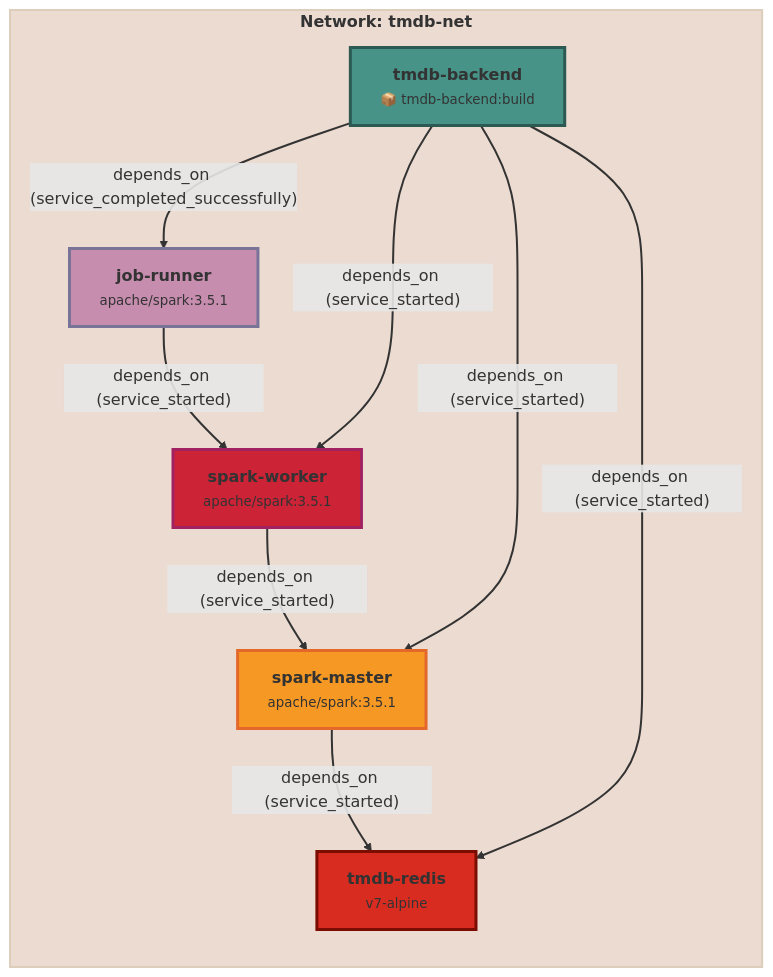
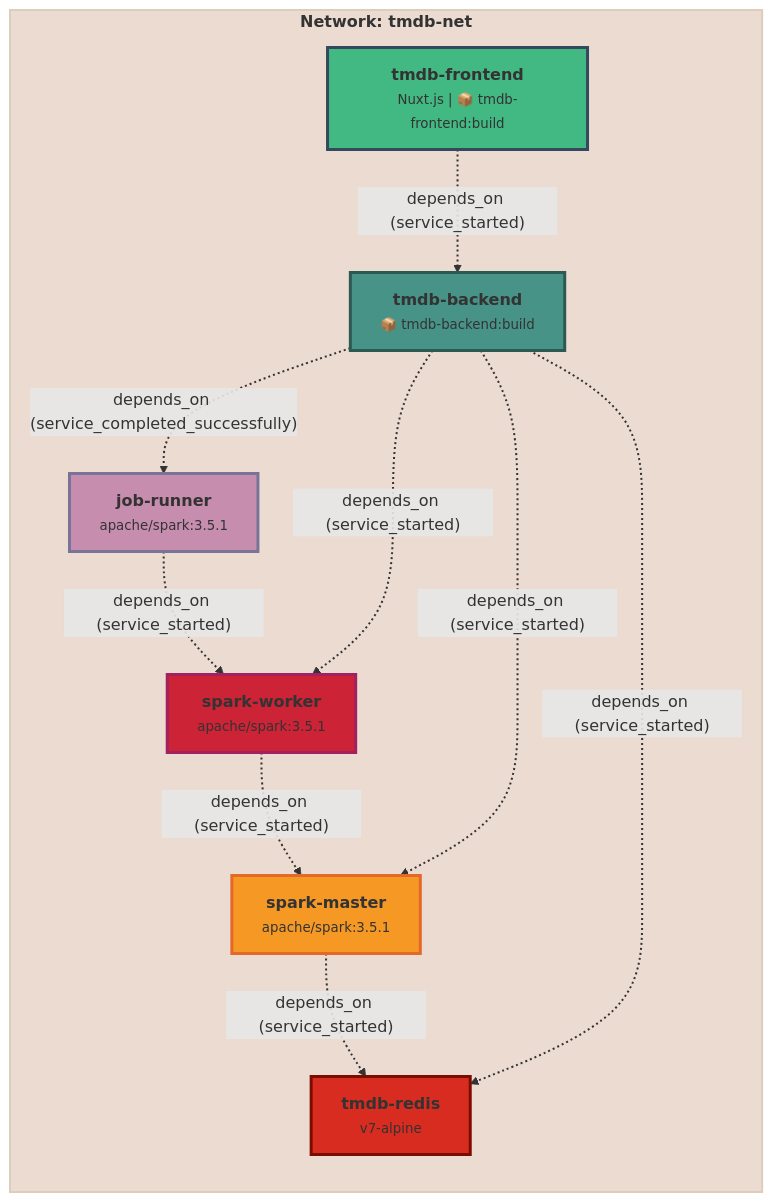
Before and after one commit to mbofos01/tmdb-spark-recommendation-extension: the diagram in README.md, drawn with Mermaid. The commit also changed other lines of this file and 1 other file, not shown here.

Commit message:
Add Nuxt.js frontend details and screenshot
Updated the README to include the Nuxt.js frontend in the architecture diagram, features list, and Docker Compose services. Added a screenshot of the Nuxt.js frontend to the screenshots directory.

````diff
--- a/README.md
+++ b/README.md
@@ -5,38 +5,44 @@
 ```mermaid
     %%{init: {"theme": "default", "themeVariables": {"background":"#ffffff"}}}%%
-  graph BT
-    subgraph Network_tmdb-net[<b>Network: tmdb-net</b>]
-      tmdb-redis["<b>tmdb-redis</b>"]
+    graph BT
+      subgraph Network_tmdb-net[<b>Network: tmdb-net</b>]
+        tmdb-redis["<b>tmdb-redis</b>"]
+        spark-master["<b>spark-master</b><br/><small>apache/spark:3.5.1</small>"]
+        spark-worker["<b>spark-worker</b><br/><small>apache/spark:3.5.1</small>"]
+        job-runner["<b>job-runner</b><br/><small>apache/spark:3.5.1</small>"]
+        tmdb-backend["<b>tmdb-backend</b>"]
+        tmdb-frontend["<b>tmdb-frontend</b>"]
+      end
+      style Network_tmdb-net fill:#EBDBD1,stroke:#DDCEBC,stroke-width:2,stroke-dasharray:0
+      tmdb-redis["<b>tmdb-redis</b><br/><small>v7-alpine</small>"]
       spark-master["<b>spark-master</b><br/><small>apache/spark:3.5.1</small>"]
       spark-worker["<b>spark-worker</b><br/><small>apache/spark:3.5.1</small>"]
       job-runner["<b>job-runner</b><br/><small>apache/spark:3.5.1</small>"]
-      tmdb-backend["<b>tmdb-backend</b>"]
-    end
-    style Network_tmdb-net fill:#EBDBD1,stroke:#DDCEBC,stroke-width:2,stroke-dasharray:0
-    tmdb-redis["<b>tmdb-redis</b><br/><small>v7-alpine</small>"]
-    spark-master["<b>spark-master</b><br/><small>apache/spark:3.5.1</small>"]
-    spark-worker["<b>spark-worker</b><br/><small>apache/spark:3.5.1</small>"]
-    job-runner["<b>job-runner</b><br/><small>apache/spark:3.5.1</small>"]
-    tmdb-backend["<b>tmdb-backend</b><br/><small>📦 tmdb-backend:build</small>"]
-    spark-master -- depends_on (service_started) --> tmdb-redis
-    linkStyle 0 stroke-width:2,stroke-dasharray:0
-    spark-worker -- depends_on (service_started) --> spark-master
-    linkStyle 1 stroke-width:2,stroke-dasharray:0
-    job-runner -- depends_on (service_started) --> spark-worker
-    linkStyle 2 stroke-width:2,stroke-dasharray:0
-    tmdb-backend -- depends_on (service_completed_successfully) --> job-runner
-    linkStyle 3 stroke-width:2,stroke-dasharray:0
-    tmdb-backend -- depends_on (service_started) --> spark-master
-    linkStyle 4 stroke-width:2,stroke-dasharray:0
-    tmdb-backend -- depends_on (service_started) --> spark-worker
-    linkStyle 5 stroke-width:2,stroke-dasharray:0
-    tmdb-backend -- depends_on (service_started) --> tmdb-redis
-    linkStyle 6 stroke-width:2,stroke-dasharray:0
-    style tmdb-redis fill:#D82C20,stroke:#7A0C00,stroke-width:3,stroke-dasharray:0
-    style spark-master fill:#F69824,stroke:#E4682A,stroke-width:3,stroke-dasharray:0
-    style spark-worker fill:#CC2336,stroke:#A22160,stroke-width:3,stroke-dasharray:0
-    style job-runner fill:#C78DAF,stroke:#797497,stroke-width:3,stroke-dasharray:0
-    style tmdb-backend fill:#479387,stroke:#2c5952,stroke-width:3,stroke-dasharray:0
+      tmdb-backend["<b>tmdb-backend</b><br/><small>📦 tmdb-backend:build</small>"]
+      tmdb-frontend["<b>tmdb-frontend</b><br/><small>Nuxt.js | 📦 tmdb-frontend:build</small>"]
+      spark-master -- depends_on (service_started) --> tmdb-redis
+      linkStyle 0 stroke-width:2,stroke-dasharray:2 3
+      spark-worker -- depends_on (service_started) --> spark-master
+      linkStyle 1 stroke-width:2,stroke-dasharray:2 3
+      job-runner -- depends_on (service_started) --> spark-worker
+      linkStyle 2 stroke-width:2,stroke-dasharray:2 3
+      tmdb-backend -- depends_on (service_completed_successfully) --> job-runner
+      linkStyle 3 stroke-width:2,stroke-dasharray:2 3
+      tmdb-backend -- depends_on (service_started) --> spark-master
+      linkStyle 4 stroke-width:2,stroke-dasharray:2 3
+      tmdb-backend -- depends_on (service_started) --> spark-worker
+      linkStyle 5 stroke-width:2,stroke-dasharray:2 3
+      tmdb-backend -- depends_on (service_started) --> tmdb-redis
+      linkStyle 6 stroke-width:2,stroke-dasharray:2 3
+      tmdb-frontend -- depends_on (service_started) --> tmdb-backend
+      linkStyle 7 stroke-width:2,stroke-dasharray:2 3
+      style tmdb-redis fill:#D82C20,stroke:#7A0C00,stroke-width:3,stroke-dasharray:0
+      style spark-master fill:#F69824,stroke:#E4682A,stroke-width:3,stroke-dasharray:0
+      style spark-worker fill:#CC2336,stroke:#A22160,stroke-width:3,stroke-dasharray:0
+      style job-runner fill:#C78DAF,stroke:#797497,stroke-width:3,stroke-dasharray:0
+      style tmdb-backend fill:#479387,stroke:#2c5952,stroke-width:3,stroke-dasharray:0
+      style tmdb-frontend fill:#42b883,stroke:#35495e,stroke-width:3,stroke-dasharray:0
+
 
 
 ```
````
